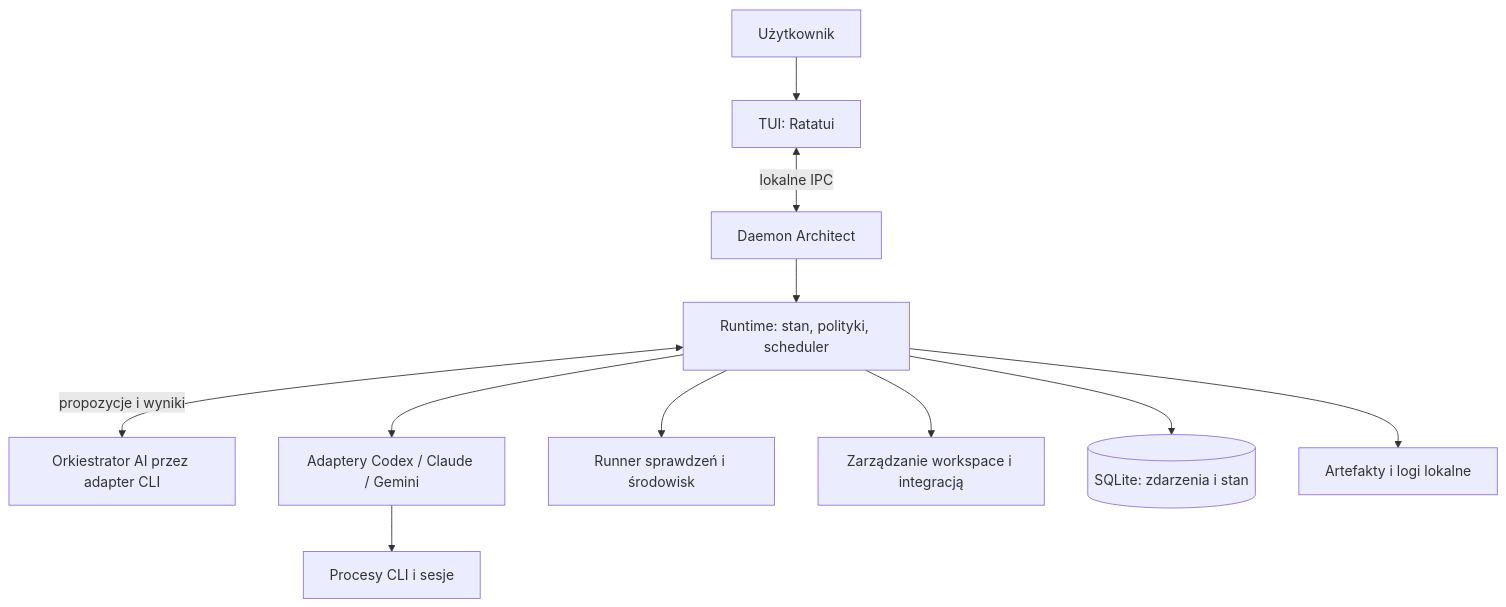
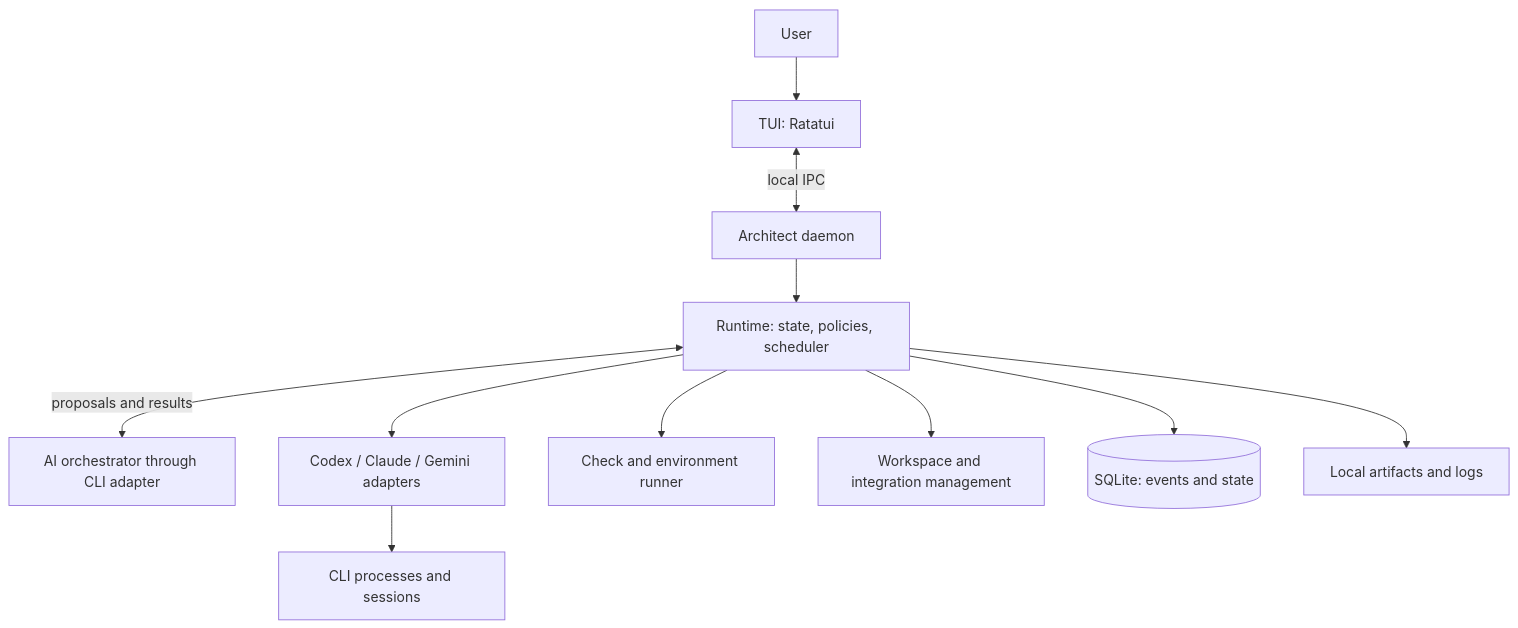
One commit to lazymaniac/antislop changed the diagram in design.md. Above: the diagram before and after it, drawn with Mermaid. The commit also changed other lines of this file and 19 other files, not shown here.

````diff
--- a/design.md
+++ b/design.md
@@ -491,13 +492,13 @@
 ```mermaid
 flowchart TB
-    U[Użytkownik] --> T[TUI: Ratatui]
-    T <-->|lokalne IPC| D[Daemon Architect]
-    D --> R[Runtime: stan, polityki, scheduler]
-    R <-->|propozycje i wyniki| O[Orkiestrator AI przez adapter CLI]
-    R --> A[Adaptery Codex / Claude / Gemini]
-    A --> P[Procesy CLI i sesje]
-    R --> E[Runner sprawdzeń i środowisk]
-    R --> W[Zarządzanie workspace i integracją]
-    R --> S[(SQLite: zdarzenia i stan)]
-    R --> F[Artefakty i logi lokalne]
+    U[User] --> T[TUI: Ratatui]
+    T <-->|local IPC| D[Architect daemon]
+    D --> R[Runtime: state, policies, scheduler]
+    R <-->|proposals and results| O[AI orchestrator through CLI adapter]
+    R --> A[Codex / Claude / Gemini adapters]
+    A --> P[CLI processes and sessions]
+    R --> E[Check and environment runner]
+    R --> W[Workspace and integration management]
+    R --> S[(SQLite: events and state)]
+    R --> F[Local artifacts and logs]
 ```
````
